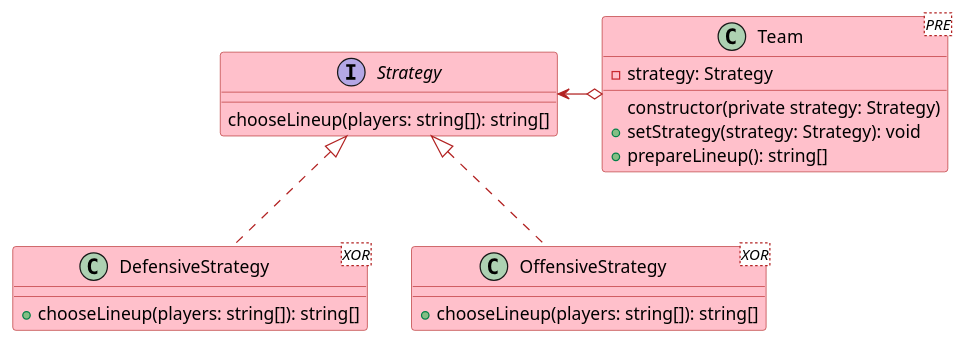
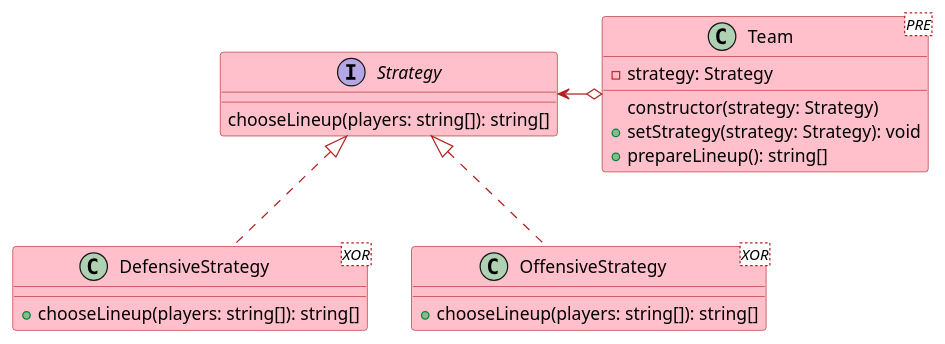
Before and after one commit to plkpiotr/design-patterns: the diagram in src/app/behavioral/strategy/strategy.puml, drawn with PlantUML. The commit also changed 9 other files, not shown here.

Commit message:
Launch test and remove redundant information from diagrams

```diff
--- a/src/app/behavioral/strategy/strategy.puml
+++ b/src/app/behavioral/strategy/strategy.puml
@@ -1,33 +1,33 @@
 @startuml
 
 skinparam class {
   backgroundColor pink
   arrowColor firebrick
   borderColor firebrick
 }
 
 interface Strategy {
   chooseLineup(players: string[]): string[]
 }
 
 class Team <PRE> {
   - strategy: Strategy
-  constructor(private strategy: Strategy)
+  constructor(strategy: Strategy)
   + setStrategy(strategy: Strategy): void
   + prepareLineup(): string[]
 }
 
 class DefensiveStrategy <XOR> {
   + chooseLineup(players: string[]): string[]
 }
 
 class OffensiveStrategy <XOR> {
   + chooseLineup(players: string[]): string[]
 }
 
 Strategy <-o Team
 
 Strategy <|.. DefensiveStrategy
 Strategy <|.. OffensiveStrategy
 
 @enduml
```
